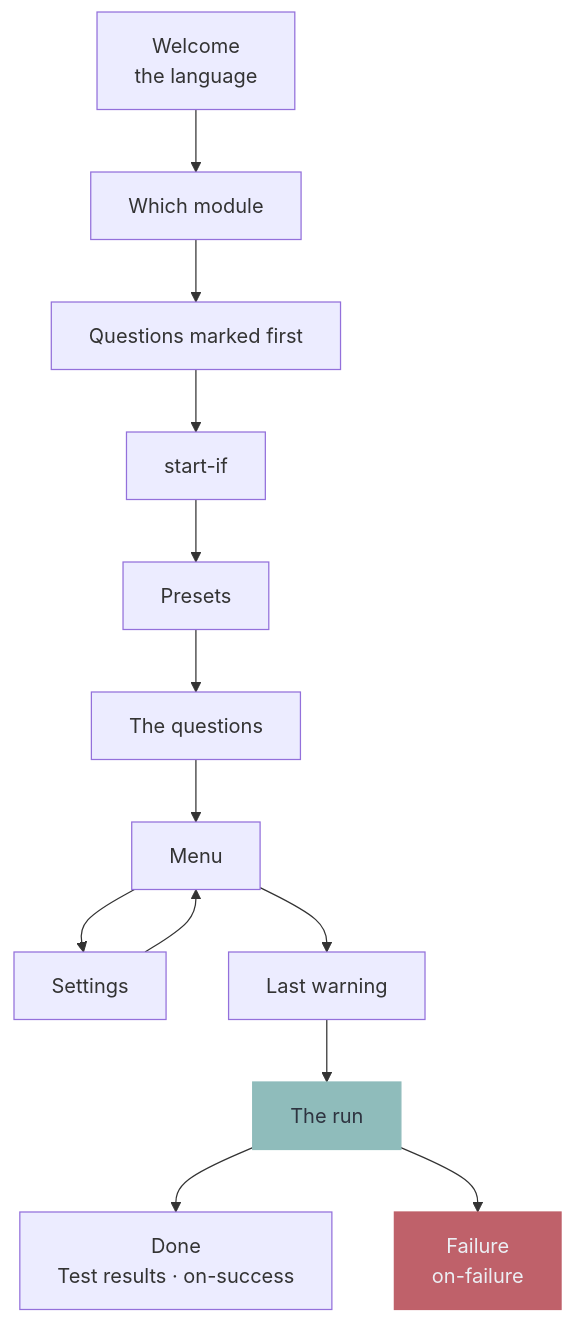
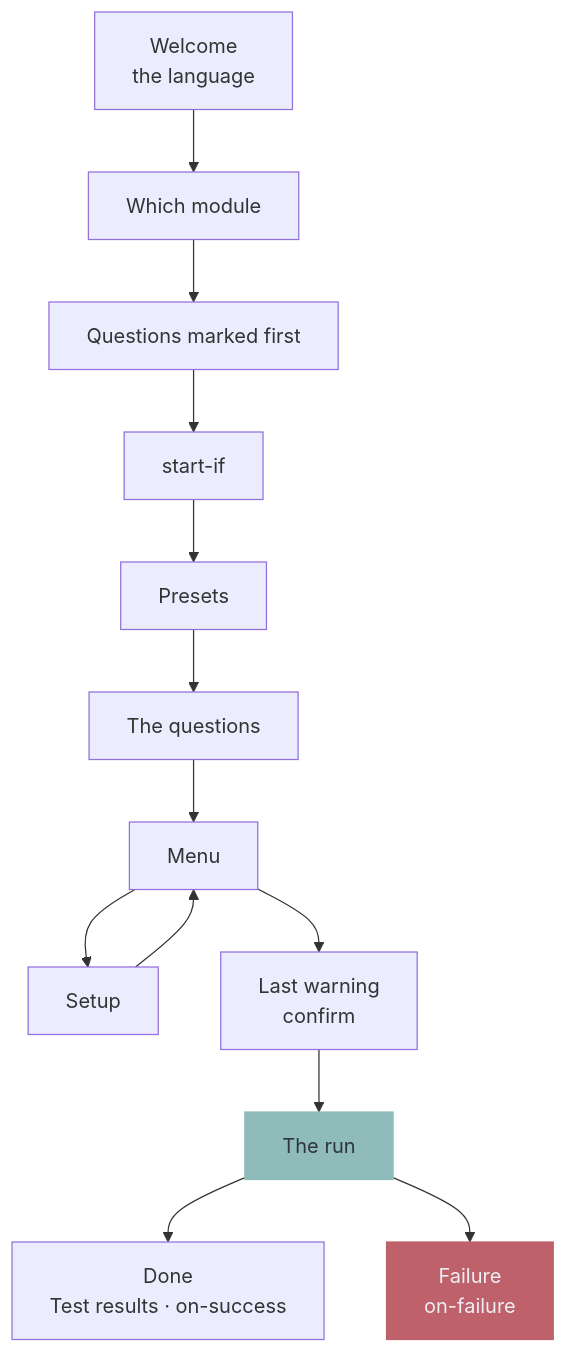
One commit to murkl/oak changed the diagram in docs/README.md. Above: the diagram before and after it, drawn with Mermaid. The commit also changed other lines of this file and 23 other files, not shown here.

Commit message:
feat!: a centred menu with Start and Setup in every language, confirm: true for a yes before the work, yes-after for a step that follows another, and no description or text (#60)

````diff
--- a/docs/README.md
+++ b/docs/README.md
@@ -46,14 +46,14 @@
 ```mermaid
 flowchart TD
     L["Welcome<br/>the language"] --> W["Which module"] --> Q1["Questions marked first"]
     Q1 --> N["start-if"] --> PR["Presets"]
     PR --> Q["The questions"]
     Q --> H["Menu"]
-    H --> SE["Settings"] --> H
-    H --> CF["Last warning"] --> R["The run"]
+    H --> SE["Setup"] --> H
+    H --> CF["Last warning<br/>confirm"] --> R["The run"]
     R --> OK["Done<br/>Test results · on-success"]
     R --> ER["Failure<br/>on-failure"]
 
     style ER fill:#bf616a,stroke:#bf616a,color:#eceff4
     style R fill:#8fbcbb,stroke:#8fbcbb,color:#2e3440
 ```
````
